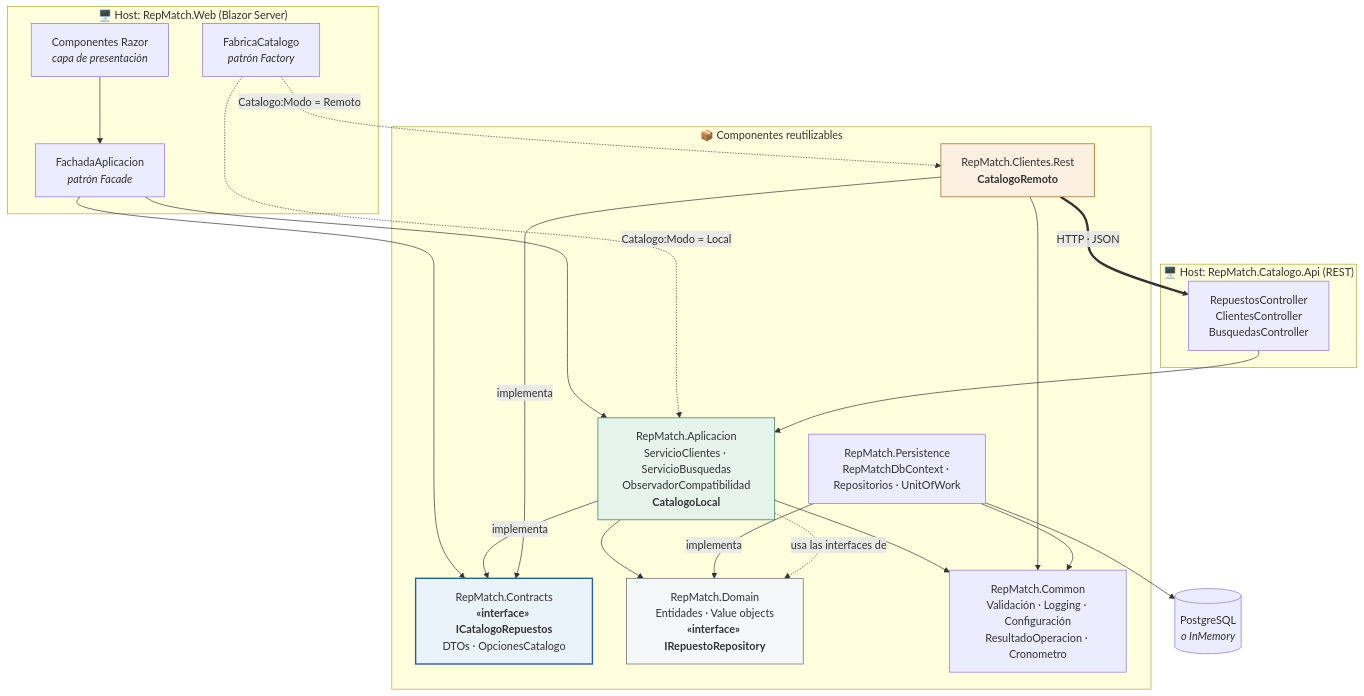
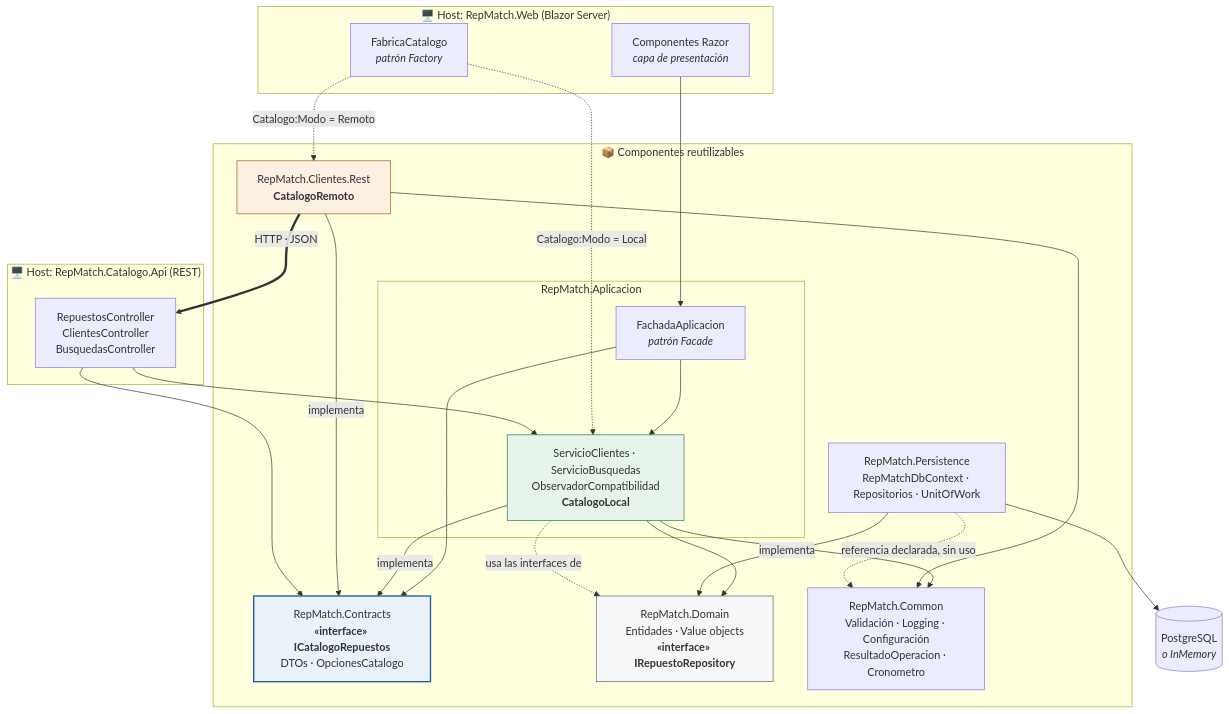
Before and after one commit to lfb-00/tp-apps-2: the diagram in docs/diagramas/componentes.md, drawn with Mermaid. The commit also changed other lines of this file and 7 other files, not shown here.

````diff
--- a/docs/diagramas/componentes.md
+++ b/docs/diagramas/componentes.md
@@ -20,49 +20,52 @@
 ```mermaid
 flowchart TB
     subgraph host_web["🖥️ Host: RepMatch.Web (Blazor Server)"]
         UI["Componentes Razor<br/><i>capa de presentación</i>"]
         FCAT["FabricaCatalogo<br/><i>patrón Factory</i>"]
-        FACH["FachadaAplicacion<br/><i>patrón Facade</i>"]
     end
 
     subgraph host_api["🖥️ Host: RepMatch.Catalogo.Api (REST)"]
         CTRL["RepuestosController<br/>ClientesController<br/>BusquedasController"]
     end
 
     subgraph comp["📦 Componentes reutilizables"]
-        APP["RepMatch.Aplicacion<br/>ServicioClientes · ServicioBusquedas<br/>ObservadorCompatibilidad<br/><b>CatalogoLocal</b>"]
+        subgraph app_sub["RepMatch.Aplicacion"]
+            FACH["FachadaAplicacion<br/><i>patrón Facade</i>"]
+            APP["ServicioClientes · ServicioBusquedas<br/>ObservadorCompatibilidad<br/><b>CatalogoLocal</b>"]
+        end
         REST["RepMatch.Clientes.Rest<br/><b>CatalogoRemoto</b>"]
         CON["RepMatch.Contracts<br/><b>«interface» ICatalogoRepuestos</b><br/>DTOs · OpcionesCatalogo"]
         PER["RepMatch.Persistence<br/>RepMatchDbContext · Repositorios · UnitOfWork"]
         DOM["RepMatch.Domain<br/>Entidades · Value objects<br/><b>«interface» IRepuestoRepository</b>"]
         COM["RepMatch.Common<br/>Validación · Logging · Configuración<br/>ResultadoOperacion · Cronometro"]
     end
 
     BD[("PostgreSQL<br/><i>o InMemory</i>")]
 
     UI --> FACH
     FACH --> APP
     FACH --> CON
     FCAT -. "Catalogo:Modo = Local" .-> APP
     FCAT -. "Catalogo:Modo = Remoto" .-> REST
 
     APP -- implementa --> CON
     REST -- implementa --> CON
 
     REST == "HTTP · JSON" ==> CTRL
     CTRL --> APP
+    CTRL --> CON
 
     APP --> DOM
     APP --> COM
     REST --> COM
     PER -- implementa --> DOM
-    PER --> COM
+    PER -. "referencia declarada, sin uso" .-> COM
     PER --> BD
 
     APP -. "usa las interfaces de" .-> DOM
 
     style CON fill:#eaf2fa,stroke:#1f5f9e,stroke-width:2px
     style APP fill:#e6f4ec,stroke:#1f7a4d
     style REST fill:#fbf0e2,stroke:#9a5b13
     style DOM fill:#f6f7f9,stroke:#5b6472
 ```
````
